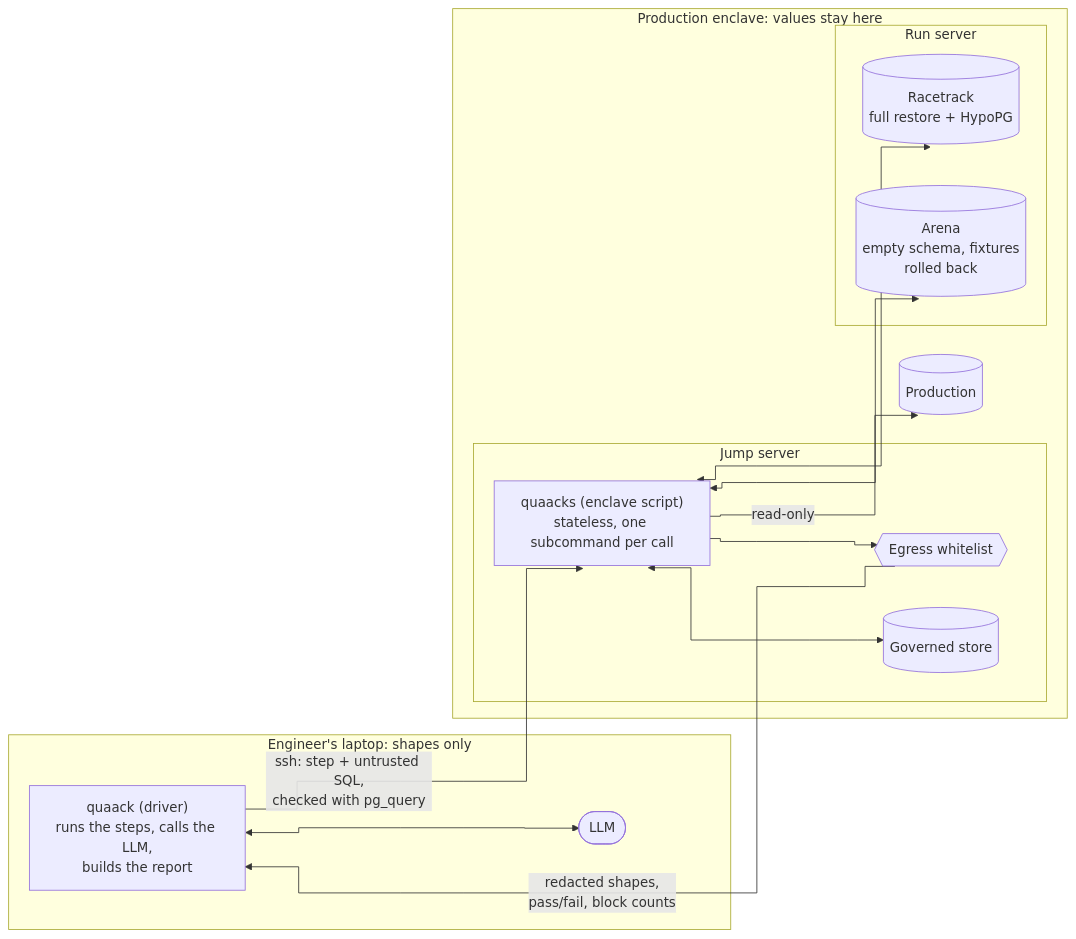
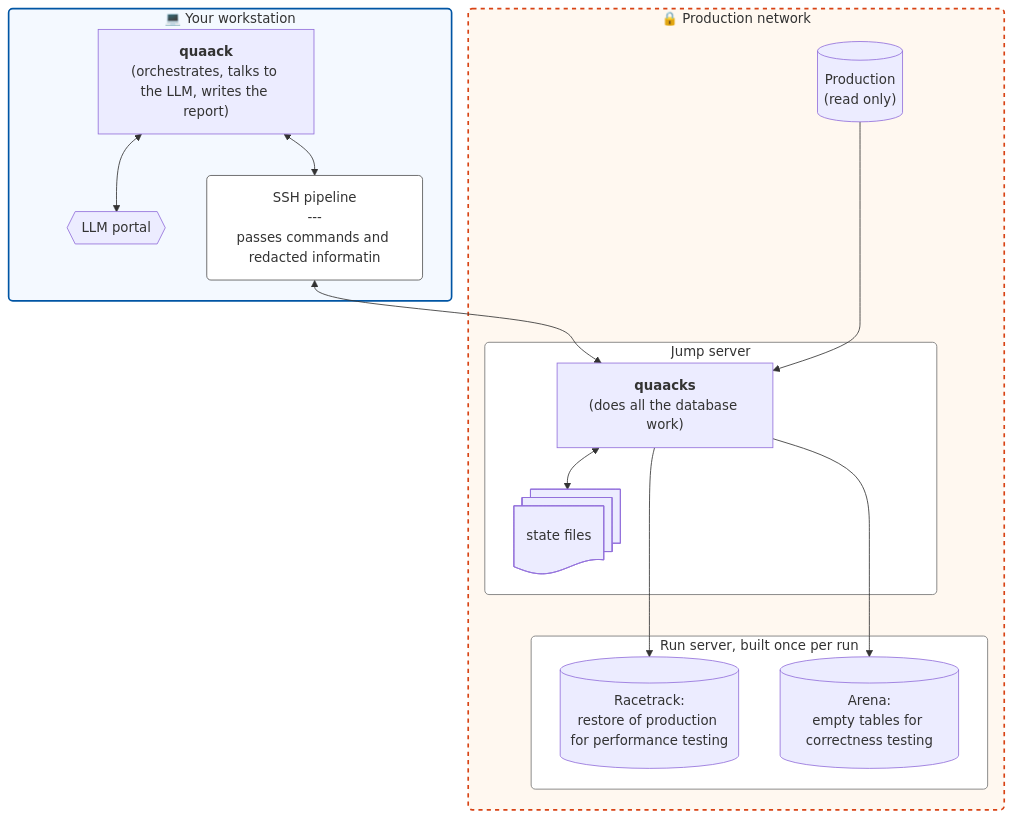
One commit to benchub/quaack changed the first of 2 diagrams in DESIGN.md. Above: the diagram before and after it, drawn with Mermaid. The commit also changed other lines of this file and 1 other file, not shown here.

Commit message:
Docs: clarify the README and DESIGN overviews, and restyle the architecture diagram

````diff
--- a/DESIGN.md
+++ b/DESIGN.md
@@ -9,27 +9,50 @@
 ```mermaid
-%%{init: {"flowchart": {"curve": "step"}}}%%
-flowchart LR
-    subgraph laptop["Engineer's laptop: shapes only"]
-        driver["quaack (driver)<br/>runs the steps, calls the LLM,<br/>builds the report"]
-        llm(["LLM"])
-        driver <--> llm
+flowchart TB
+    %% Define custom styles
+    classDef workstation fill:#f4f9ff,stroke:#0055a4,stroke-width:2px,rx:5,ry:5
+    classDef network fill:#fff8f0,stroke:#d84315,stroke-width:2px,rx:5,ry:5,stroke-dasharray: 5 5
+    classDef server fill:#ffffff,stroke:#757575,stroke-width:1px,rx:5,ry:5
+    
+    %% Updated label style: added a stroke (border) and a white background
+    classDef labelNode fill:#ffffff,stroke:#555,stroke-width:1px,rx:5,ry:5,color:#333
+
+    subgraph laptop["💻 Your workstation"]
+        quaack["<b>quaack</b><br/>(orchestrates, talks to the LLM, writes the report)"]
+        llm{{"LLM portal"}}
+        
+        %% The label node will now render with a visible border inside the workstation
+        edge_lbl["SSH pipeline<br/>---<br/>passes commands and redacted informatin"]:::labelNode
+        
+        quaack <--> llm
+        
+        %% Lengthened bidirectional arrow to push the label to the right
+        quaack <--> edge_lbl
     end
-    subgraph enclave["Production enclave: values stay here"]
-        prod[("Production")]
+    class laptop workstation
+
+    subgraph enclave["🔒 Production network"]
         subgraph jump["Jump server"]
-            script["quaacks (enclave script)<br/>stateless, one subcommand per call"]
-            egress{{"Egress whitelist"}}
-            store[("Governed store")]
+            quaacks["<b>quaacks</b><br/>(does all the database work)"]
+            store@{ shape: docs, label: "state files" }
+
+            quaacks <--> store
         end
-        subgraph runsrv["Run server"]
-            racetrack[("Racetrack<br/>full restore + HypoPG")]
-            arena[("Arena<br/>empty schema, fixtures<br/>rolled back")]
+        class jump server
+        
+        prod[("Production<br/>(read only)")]
+        
+        subgraph runsrv["Run server, built once per run"]
+            racetrack[("Racetrack:<br/>restore of production for performance testing")]
+            arena[("Arena:<br/>empty tables for correctness testing")]
         end
+        class runsrv server
     end
-    driver -- "ssh: step + untrusted SQL,<br/>checked with pg_query" --> script
-    script --> egress -- "redacted shapes,<br/>pass/fail, block counts" --> driver
-    script <--> store
-    script -- "read-only" --> prod
-    script <--> racetrack
-    script <--> arena
+    class enclave network
+
+    %% Connect the label node outward to the jump server
+    edge_lbl <--> quaacks
+    
+    prod ---> quaacks
+    quaacks ---> racetrack
+    quaacks ---> arena
 ```
````
